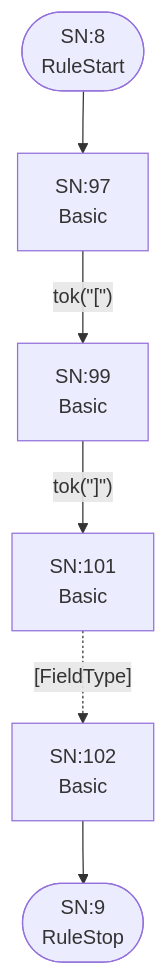
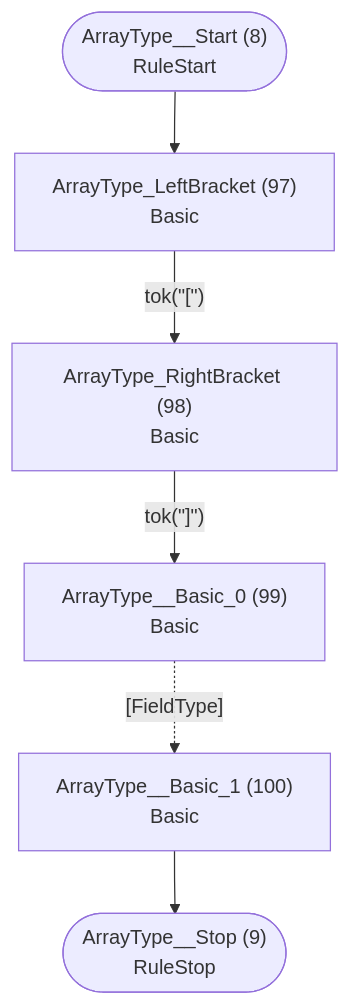
Before and after one commit to TypeFox/fastbelt: the fifth of 25 diagrams in internal/grammar/atn.md, drawn with Mermaid. The commit also changed other lines of this file and 26 other files, not shown here.

````diff
--- a/internal/grammar/atn.md
+++ b/internal/grammar/atn.md
@@ -149,15 +149,15 @@
 ```mermaid
 flowchart TD
-    q8(["SN:8<br/>RuleStart"])
-    q9(["SN:9<br/>RuleStop"])
-    q97["SN:97<br/>Basic<br/>"]
-    q98["SN:99<br/>Basic<br/>"]
-    q99["SN:101<br/>Basic<br/>"]
-    q100["SN:102<br/>Basic<br/>"]
+    q8(["ArrayType__Start (8)<br/>RuleStart"])
+    q9(["ArrayType__Stop (9)<br/>RuleStop"])
+    q97["ArrayType_LeftBracket (97)<br/>Basic<br/>"]
+    q98["ArrayType_RightBracket (98)<br/>Basic<br/>"]
+    q99["ArrayType__Basic_0 (99)<br/>Basic<br/>"]
+    q100["ArrayType__Basic_1 (100)<br/>Basic<br/>"]
 
     q8 --> q97
     q97 -->|"tok(&quot;[&quot;)"| q98
     q98 -->|"tok(&quot;]&quot;)"| q99
     q99 -.->|"[FieldType]"| q100
     q100 --> q9
 ```
````
